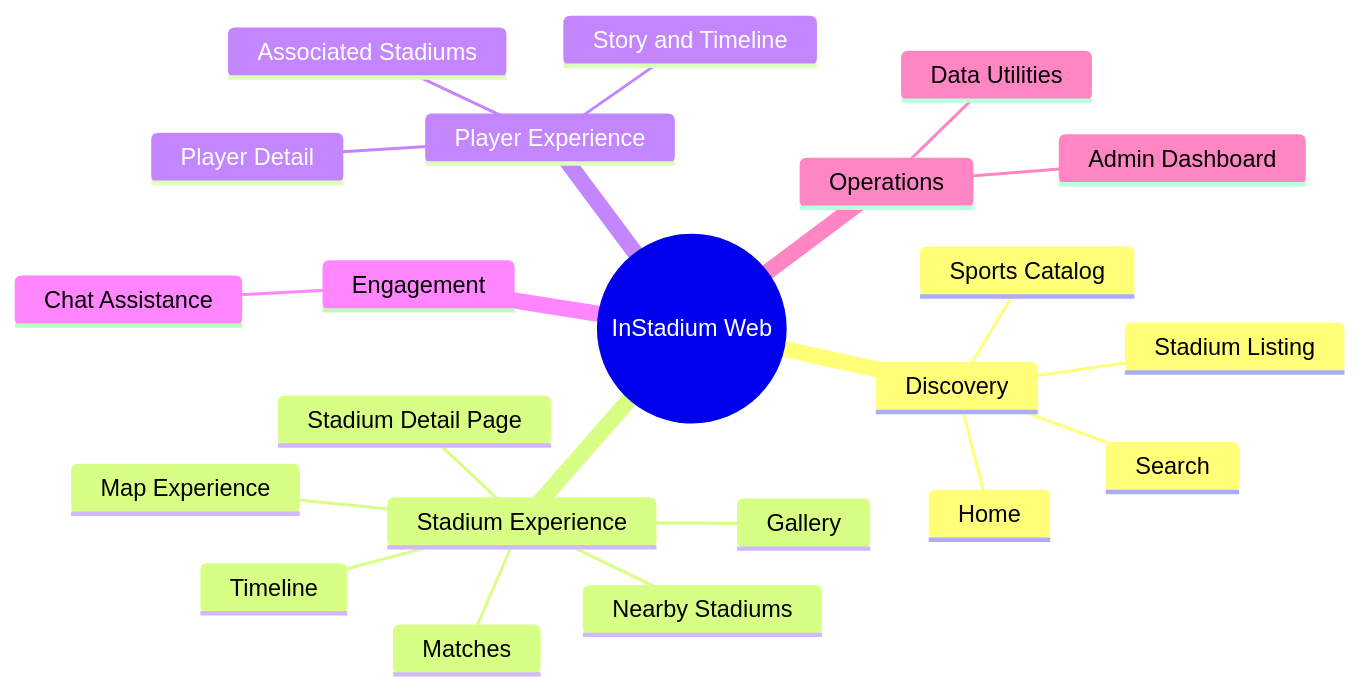
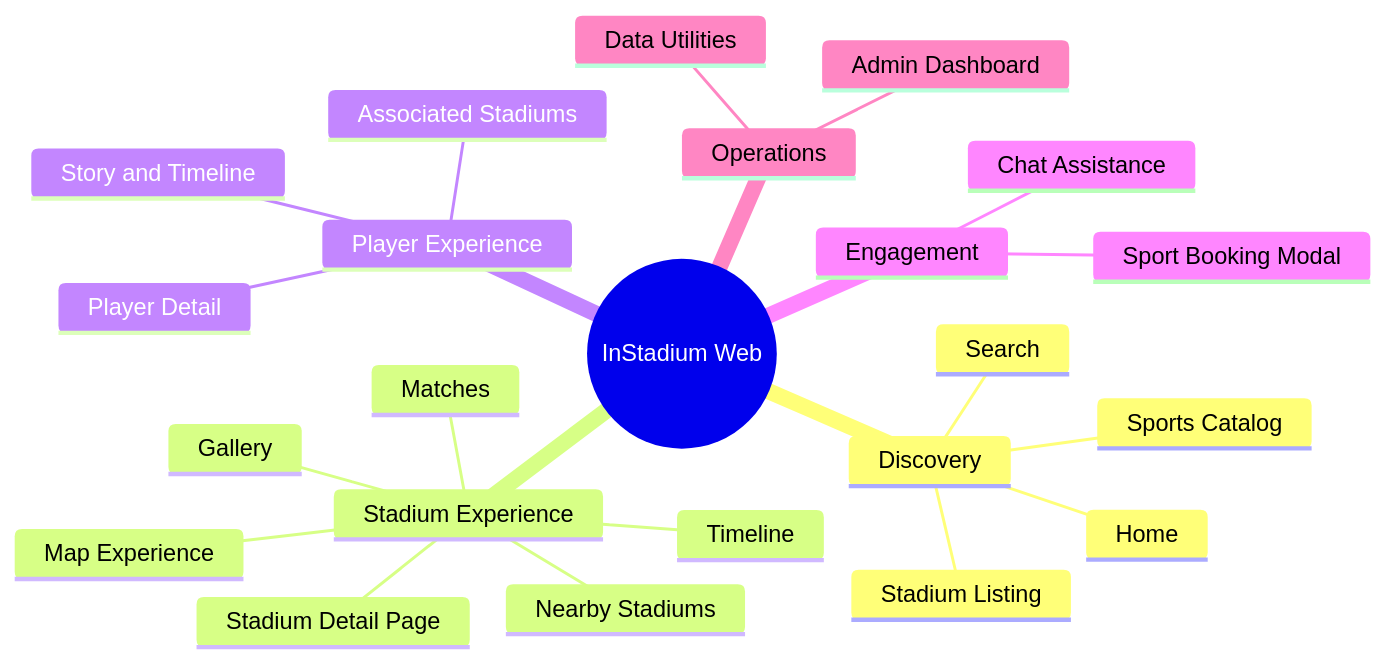
The third of 15 diagrams in README.md (satyansh911/InStadiumWeb), drawn with Mermaid before and after one commit. The commit also changed other lines of this file, not shown here.

````diff
--- a/README.md
+++ b/README.md
@@ -89,25 +89,26 @@
 ```mermaid
 mindmap
    root((InStadium Web))
       Discovery
          Home
          Search
          Sports Catalog
          Stadium Listing
       Stadium Experience
          Stadium Detail Page
          Gallery
          Timeline
          Matches
          Nearby Stadiums
          Map Experience
       Player Experience
          Player Detail
          Story and Timeline
          Associated Stadiums
       Engagement
          Chat Assistance
+         Sport Booking Modal
       Operations
          Admin Dashboard
          Data Utilities
 ```
````
